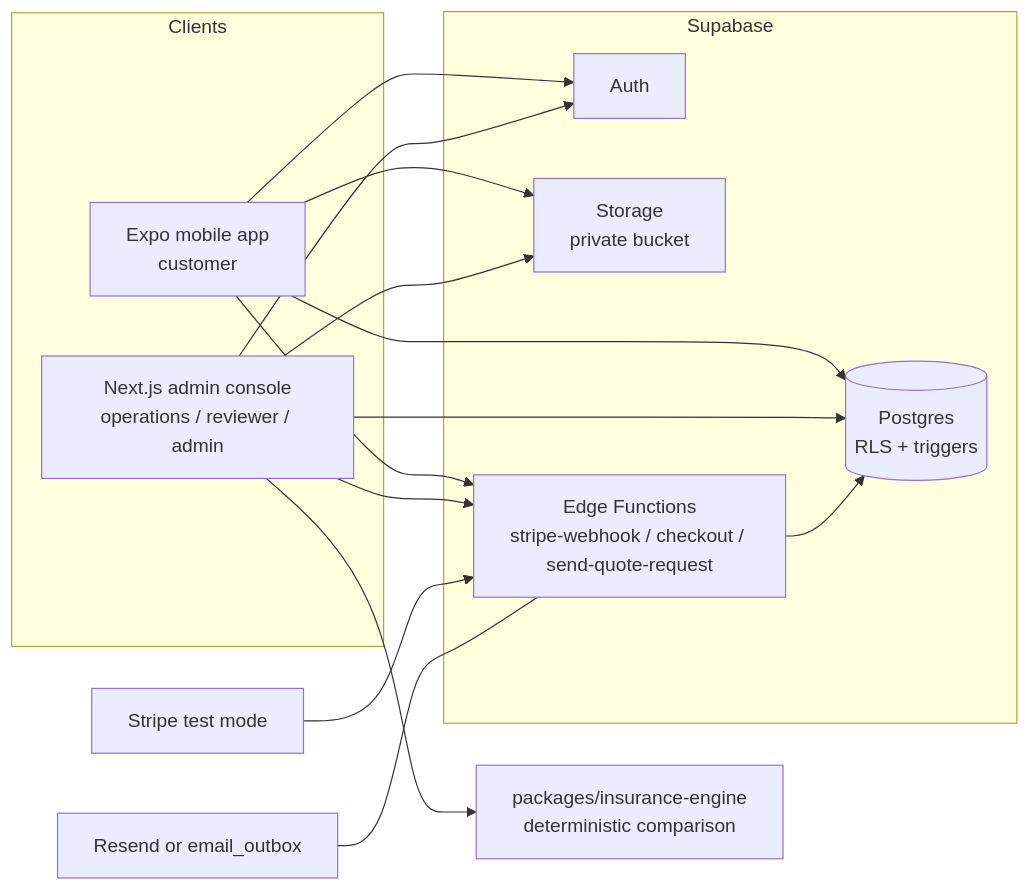
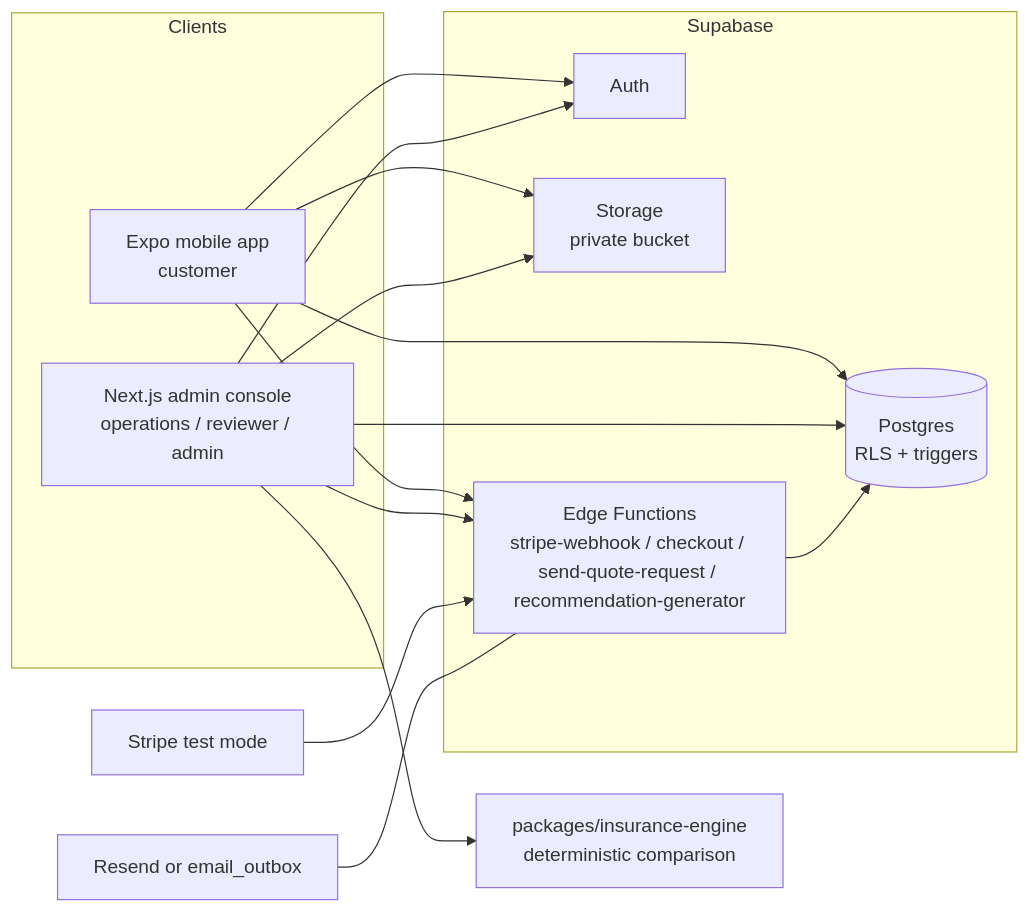
Before and after one commit to xlu2017/insurance-platform: the first of 2 diagrams in docs/architecture.md, drawn with Mermaid. The commit also changed 18 other files, not shown here.

````diff
--- a/docs/architecture.md
+++ b/docs/architecture.md
@@ -8,20 +8,20 @@
 ```mermaid
 flowchart LR
   subgraph Clients
     M[Expo mobile app\ncustomer]
     A[Next.js admin console\noperations / reviewer / admin]
   end
   subgraph Supabase
     AUTH[Auth]
     PG[(Postgres\nRLS + triggers)]
     ST[Storage\nprivate bucket]
-    EF[Edge Functions\nstripe-webhook / checkout / send-quote-request]
+    EF[Edge Functions\nstripe-webhook / checkout / send-quote-request / recommendation-generator]
   end
   E[packages/insurance-engine\ndeterministic comparison]
   M --> AUTH & PG & ST & EF
   A --> AUTH & PG & ST & EF
   A --> E
   EF --> PG
   S[Stripe test mode] --> EF
   R[Resend or email_outbox] --- EF
 ```
````
